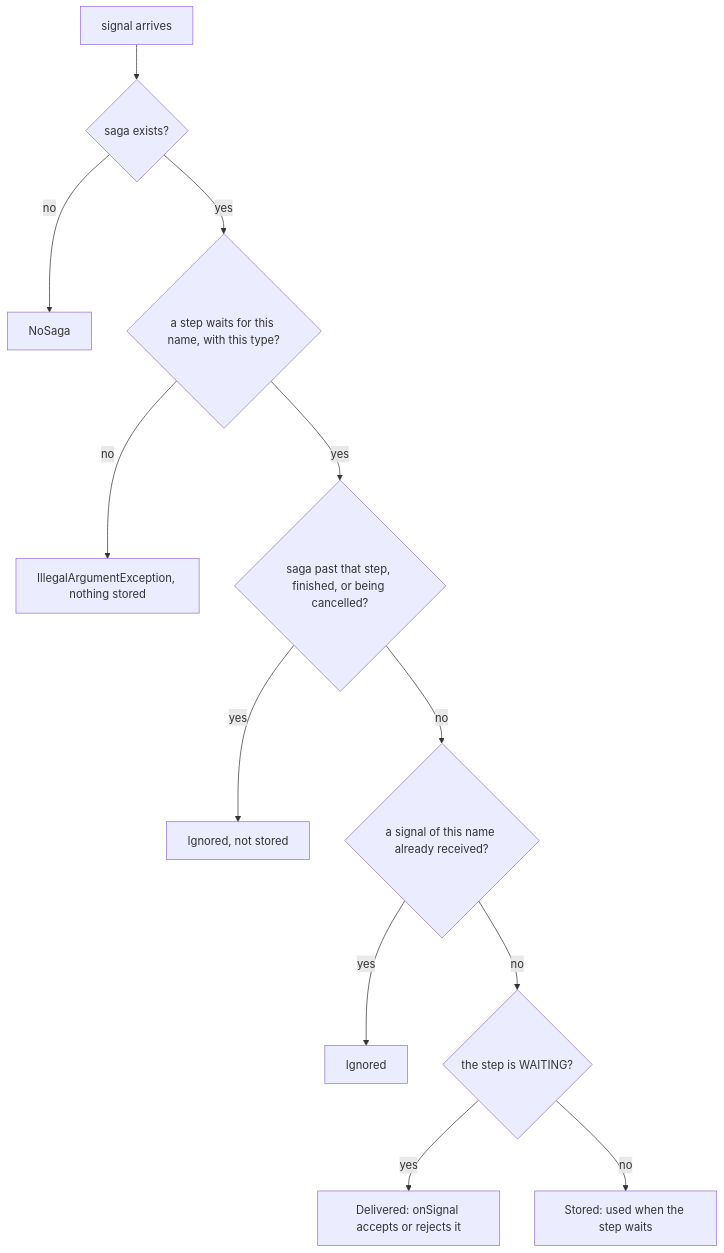
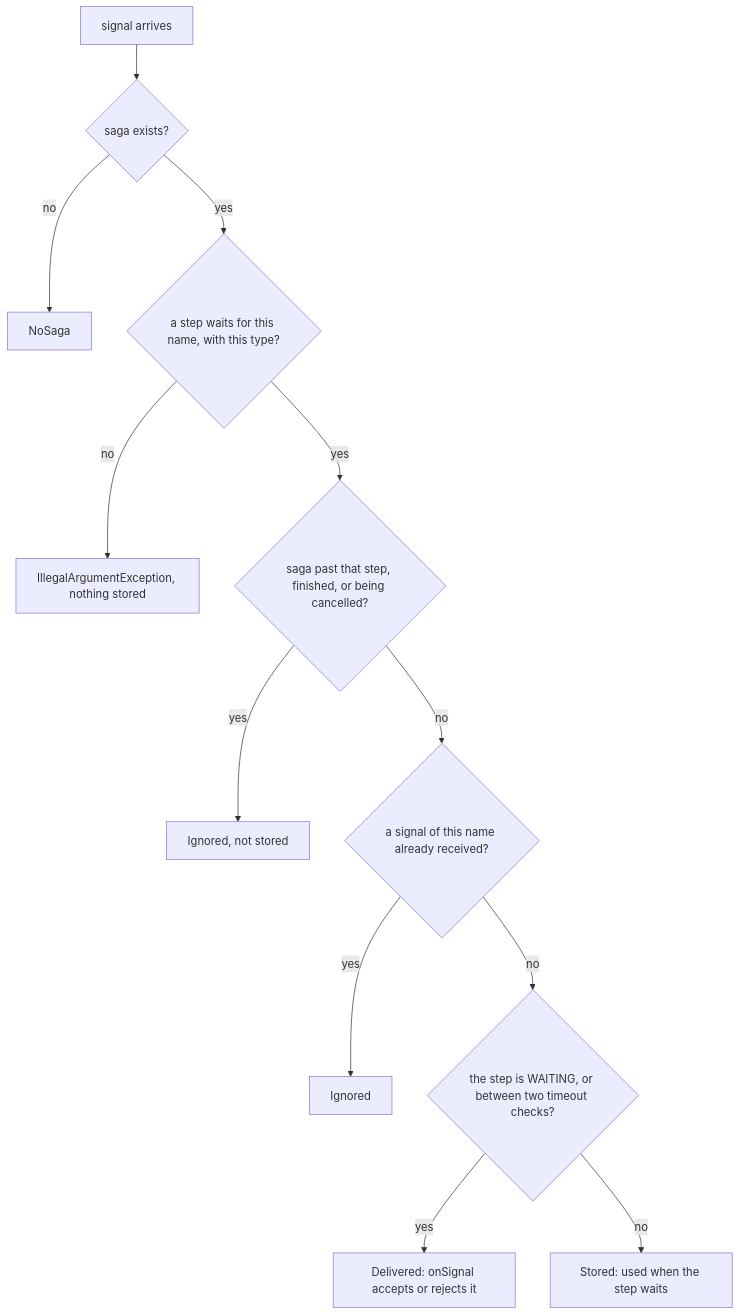
The diagram in docs/how-it-works/signals.md (octogene/akta), drawn with Mermaid before and after one commit. The commit also changed other lines of this file and 3 other files, not shown here.

````diff
--- a/docs/how-it-works/signals.md
+++ b/docs/how-it-works/signals.md
@@ -23,14 +23,14 @@
 ```mermaid
 flowchart TD
     S[signal arrives] --> N{saga exists?}
     N -->|no| NS[NoSaga]
     N -->|yes| T{a step waits for this name, with this type?}
     T -->|no| X[IllegalArgumentException, nothing stored]
     T -->|yes| L{saga past that step, finished, or being cancelled?}
     L -->|yes| I1[Ignored, not stored]
     L -->|no| D{a signal of this name already received?}
     D -->|yes| I2[Ignored]
-    D -->|no| W{the step is WAITING?}
+    D -->|no| W{the step is WAITING, or between two timeout checks?}
     W -->|yes| DL[Delivered: onSignal accepts or rejects it]
     W -->|no| ST[Stored: used when the step waits]
 ```
````
